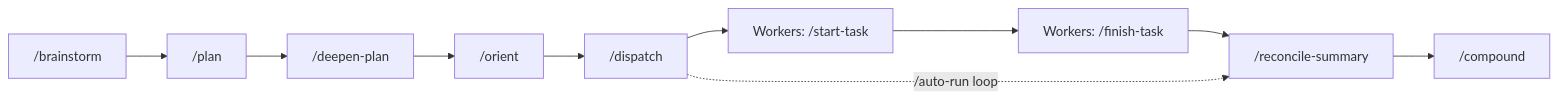
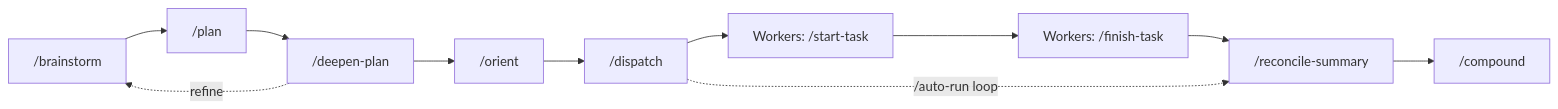
One commit to josephneumann/claude-config changed the diagram in README.md. Above: the diagram before and after it, drawn with Mermaid.

Commit message:
fix: add planning refinement loop to workflow diagram
The brainstorm → plan → deepen-plan phase is iterative, not strictly
linear. Added a "refine" back-edge from /deepen-plan to /brainstorm.

````diff
--- a/README.md
+++ b/README.md
@@ -63,12 +63,13 @@
 ```mermaid
 graph LR
     A["/brainstorm"] --> B["/plan"]
     B --> C["/deepen-plan"]
+    C -.->|"refine"| A
     C --> D["/orient"]
     D --> E["/dispatch"]
     E --> F["Workers: /start-task"]
     F --> G["Workers: /finish-task"]
     G --> H["/reconcile-summary"]
     H --> I["/compound"]
     E -.->|"/auto-run loop"| H
 ```
````
